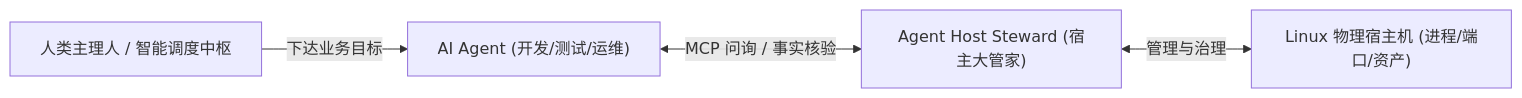
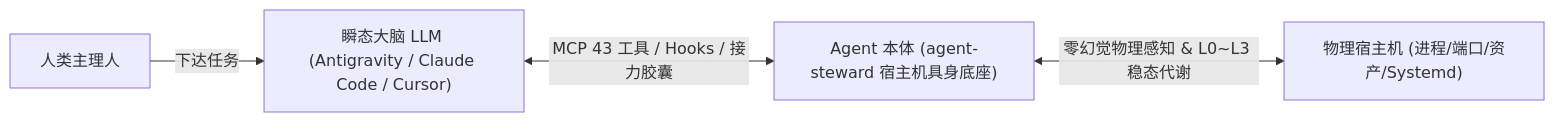
Before and after one commit to digoal/agent-body: the first of 2 diagrams in arch/03-for-users.md, drawn with Mermaid. The commit also changed other lines of this file and 82 other files, not shown here.

Commit message:
feat(body,audit): complete Phase 43-45 Agent Embodiment Substrate, Cross-Brain Continuity & Dual-Domain Audit (#27)

````diff
--- a/arch/03-for-users.md
+++ b/arch/03-for-users.md
@@ -17,6 +18,6 @@
 ```mermaid
 graph LR
-    User["人类主理人 / 智能调度中枢"] -->|下达业务目标| Agent["AI Agent (开发/测试/运维)"]
-    Agent <-->|MCP 问询 / 事实核验| Steward["Agent Host Steward (宿主大管家)"]
-    Steward <-->|管理与治理| Host["Linux 物理宿主机 (进程/端口/资产)"]
+    User["人类主理人"] -->|下达任务| Brain["瞬态大脑 LLM (Antigravity / Claude Code / Cursor)"]
+    Brain <-->|"MCP 43 工具 / Hooks / 接力胶囊"| Body["Agent 本体 (agent-steward 宿主机具身底座)"]
+    Body <-->|"零幻觉物理感知 & L0~L3 稳态代谢"| Host["物理宿主机 (进程/端口/资产/Systemd)"]
 ```
````
